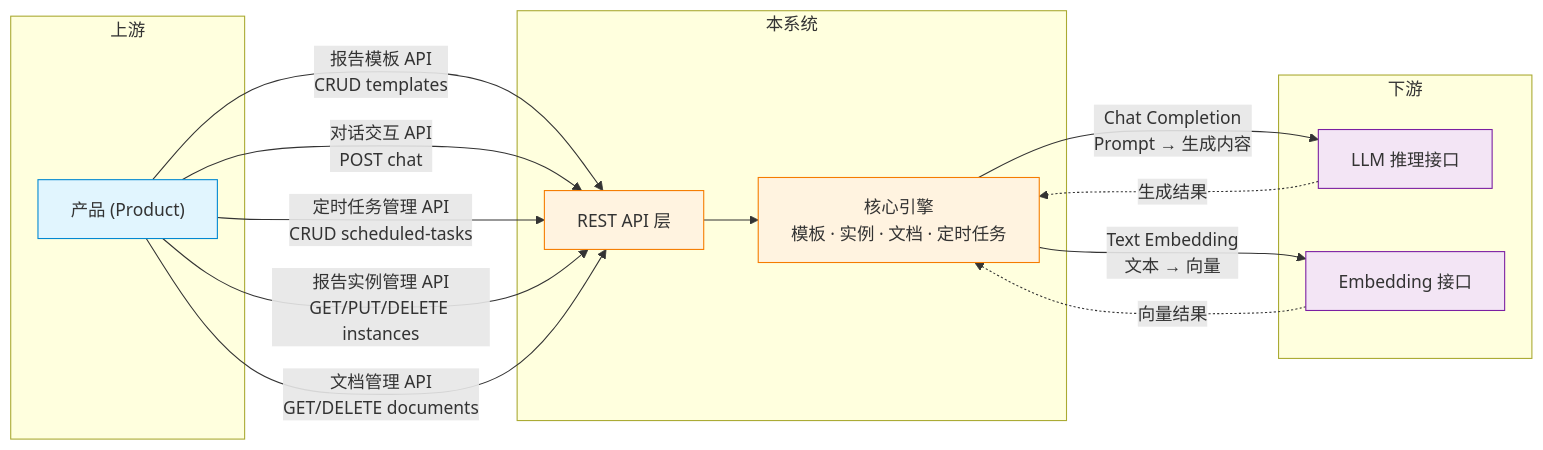
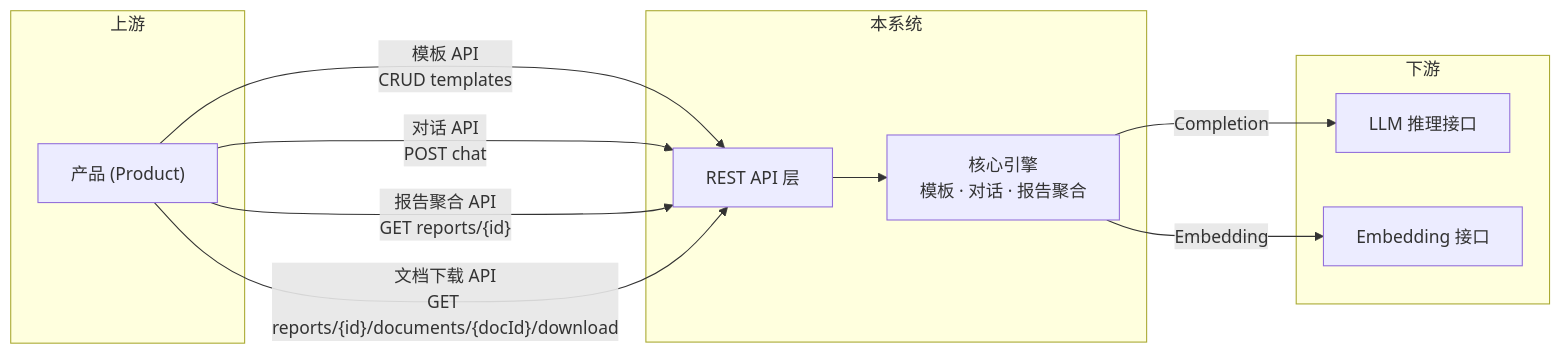
Before and after one commit to shel447/ReportSystem: the first of 3 diagrams in design/design.md, drawn with Mermaid. The commit also changed other lines of this file and 7 other files, not shown here.

````diff
--- a/design/design.md
+++ b/design/design.md
@@ -32,36 +31,25 @@
 ```mermaid
 graph LR
     subgraph 上游
         P["产品 (Product)"]
     end
 
     subgraph 本系统
         API["REST API 层"]
-        Core["核心引擎<br/>模板 · 实例 · 文档 · 定时任务"]
+        Core["核心引擎<br/>模板 · 对话 · 报告聚合"]
     end
 
     subgraph 下游
         LLM["LLM 推理接口"]
         EMB["Embedding 接口"]
     end
 
-    P -- "报告模板 API<br/>CRUD templates" --> API
-    P -- "对话交互 API<br/>POST chat" --> API
-    P -- "定时任务管理 API<br/>CRUD scheduled-tasks" --> API
-    P -- "报告实例管理 API<br/>GET/PUT/DELETE instances" --> API
-    P -- "文档管理 API<br/>GET/DELETE documents" --> API
+    P -- "模板 API<br/>CRUD templates" --> API
+    P -- "对话 API<br/>POST chat" --> API
+    P -- "报告聚合 API<br/>GET reports/{id}" --> API
+    P -- "文档下载 API<br/>GET reports/{id}/documents/{docId}/download" --> API
 
     API --> Core
-
-    Core -- "Chat Completion<br/>Prompt → 生成内容" --> LLM
-    Core -- "Text Embedding<br/>文本 → 向量" --> EMB
-
-    LLM -. "生成结果" .-> Core
-    EMB -. "向量结果" .-> Core
-
-    style P fill:#e1f5fe,stroke:#0288d1
-    style API fill:#fff3e0,stroke:#f57c00
-    style Core fill:#fff3e0,stroke:#f57c00
-    style LLM fill:#f3e5f5,stroke:#7b1fa2
-    style EMB fill:#f3e5f5,stroke:#7b1fa2
+    Core -- "Completion" --> LLM
+    Core -- "Embedding" --> EMB
 ```
````
